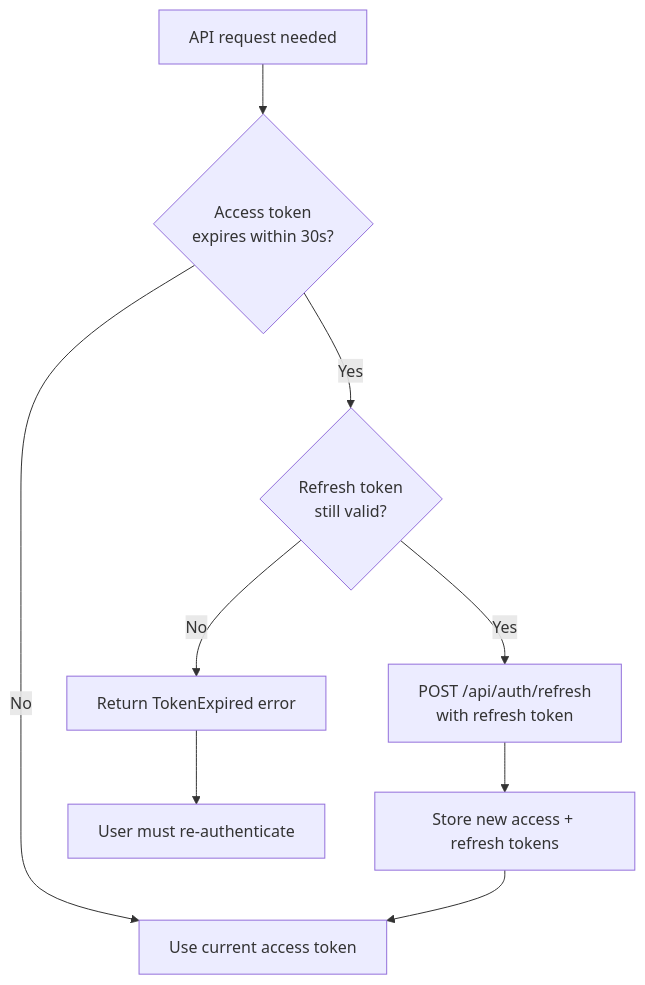
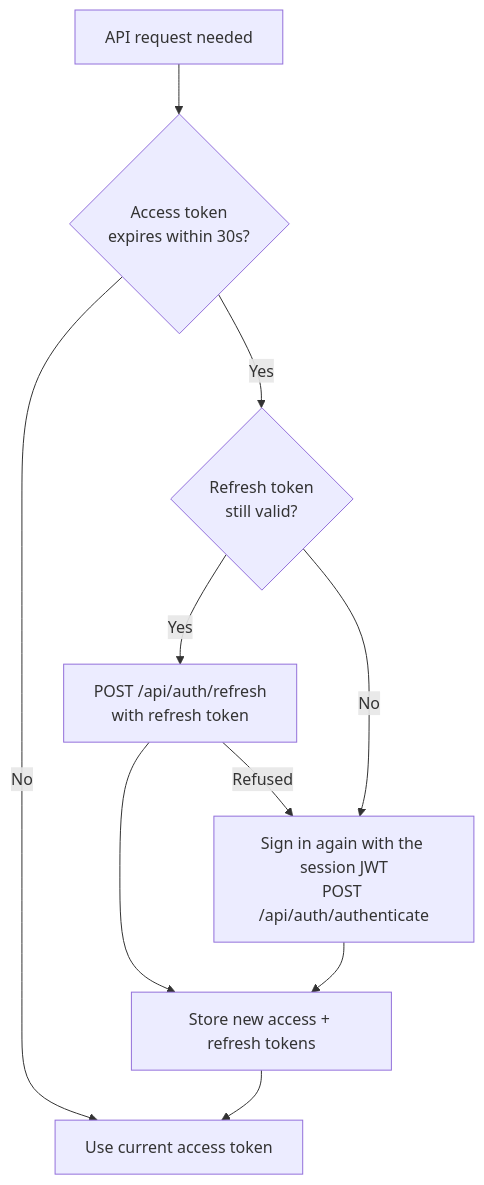
The fourth of 12 diagrams in docs/TECHNICAL_OVERVIEW.md (theonlytruebigmac/n-xport), drawn with Mermaid before and after one commit. The commit also changed other lines of this file and 1 other file, not shown here.

````diff
--- a/docs/TECHNICAL_OVERVIEW.md
+++ b/docs/TECHNICAL_OVERVIEW.md
@@ -168,11 +169,12 @@
 ```mermaid
 graph TD
     A["API request needed"] --> B{"Access token<br/>expires within 30s?"}
     B -->|No| C["Use current access token"]
     B -->|Yes| D{"Refresh token<br/>still valid?"}
     D -->|Yes| E["POST /api/auth/refresh<br/>with refresh token"]
     E --> F["Store new access + refresh tokens"]
     F --> C
-    D -->|No| G["Return TokenExpired error"]
-    G --> H["User must re-authenticate"]
+    D -->|No| G["Sign in again with the session JWT<br/>POST /api/auth/authenticate"]
+    G --> F
+    E -->|Refused| G
 ```
````
